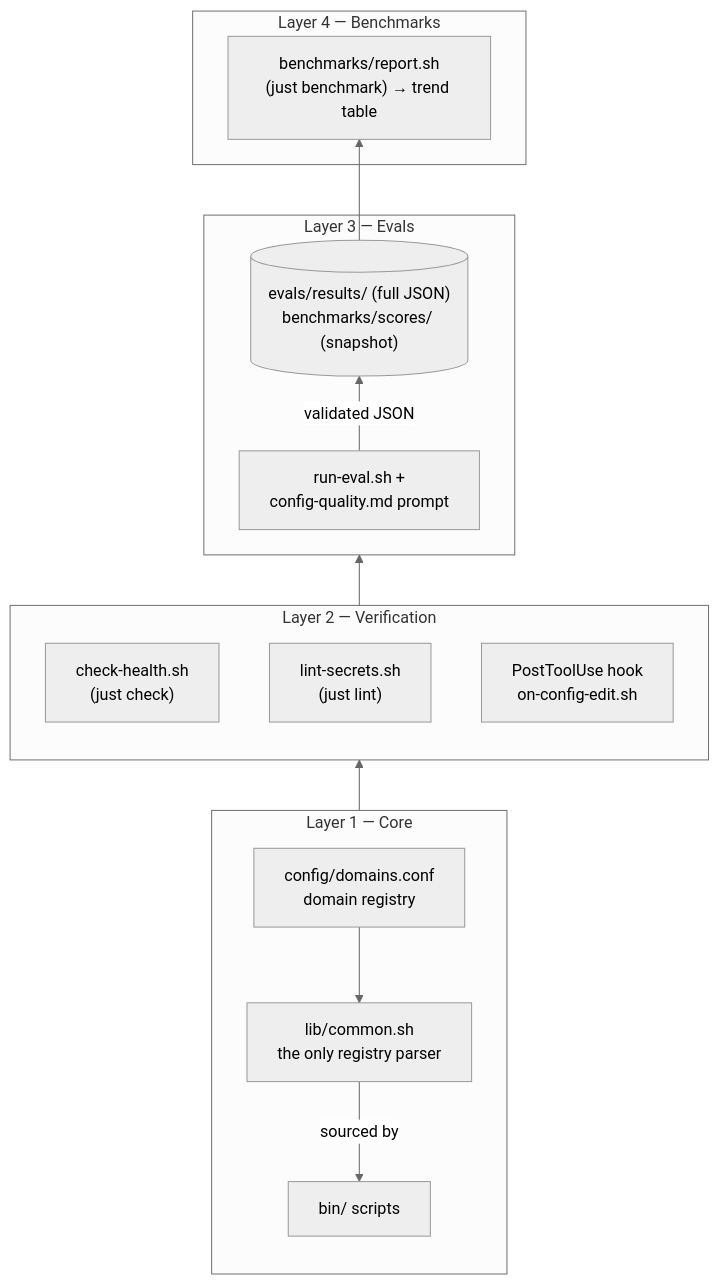
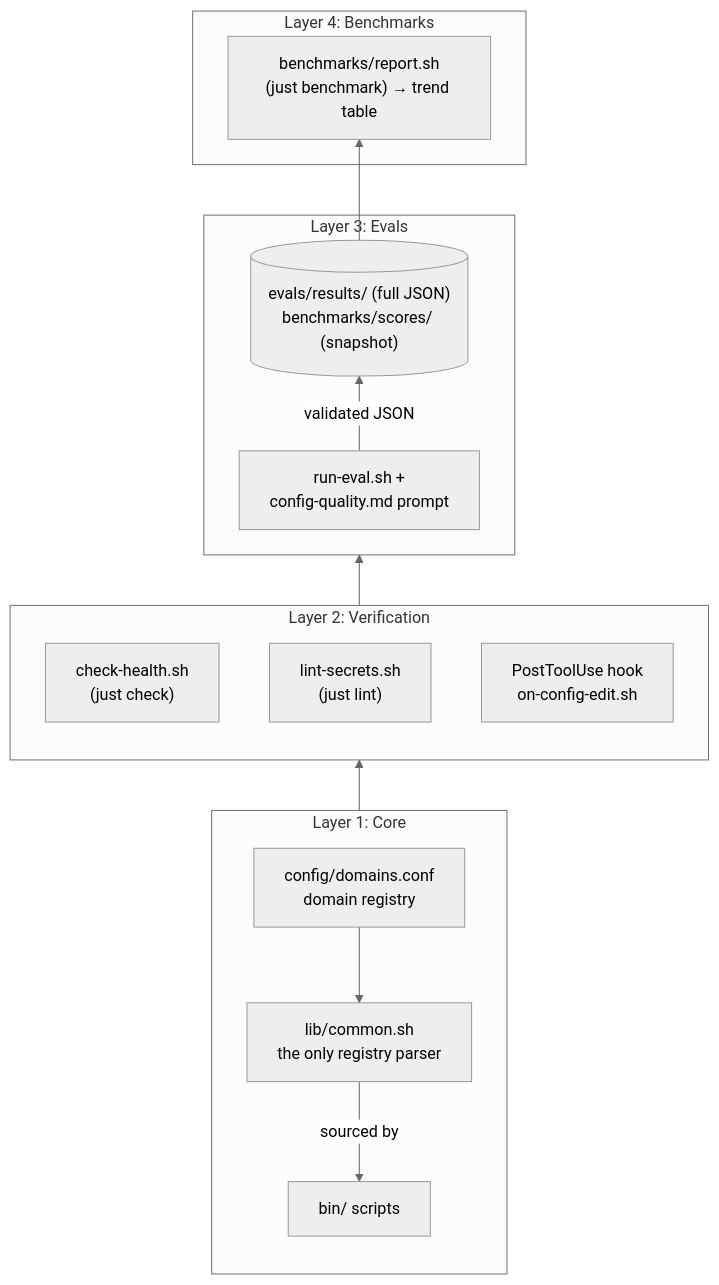
The diagram in docs/architecture.md (damson/agent-config-harness), drawn with Mermaid (neutral theme) before and after one commit. The commit also changed other lines of this file and 15 other files, not shown here.

````diff
--- a/docs/architecture.md
+++ b/docs/architecture.md
@@ -5,30 +5,30 @@
 ```mermaid
 flowchart BT
-    subgraph core["Layer 1 — Core"]
+    subgraph core["Layer 1: Core"]
         registry["config/domains.conf<br/>domain registry"]
         common["lib/common.sh<br/>the only registry parser"]
         scripts["bin/ scripts"]
         registry --> common
         common -->|sourced by| scripts
     end
 
-    subgraph verify["Layer 2 — Verification"]
+    subgraph verify["Layer 2: Verification"]
         check["check-health.sh<br/>(just check)"]
         lint["lint-secrets.sh<br/>(just lint)"]
         hook["PostToolUse hook<br/>on-config-edit.sh"]
     end
 
-    subgraph evals["Layer 3 — Evals"]
+    subgraph evals["Layer 3: Evals"]
         runeval["run-eval.sh +<br/>config-quality.md prompt"]
         out[("evals/results/ (full JSON)<br/>benchmarks/scores/ (snapshot)")]
         runeval -->|validated JSON| out
     end
 
-    subgraph bench["Layer 4 — Benchmarks"]
+    subgraph bench["Layer 4: Benchmarks"]
         report["benchmarks/report.sh<br/>(just benchmark) → trend table"]
     end
 
     core --> verify
     verify --> evals
     out --> report
 ```
````
